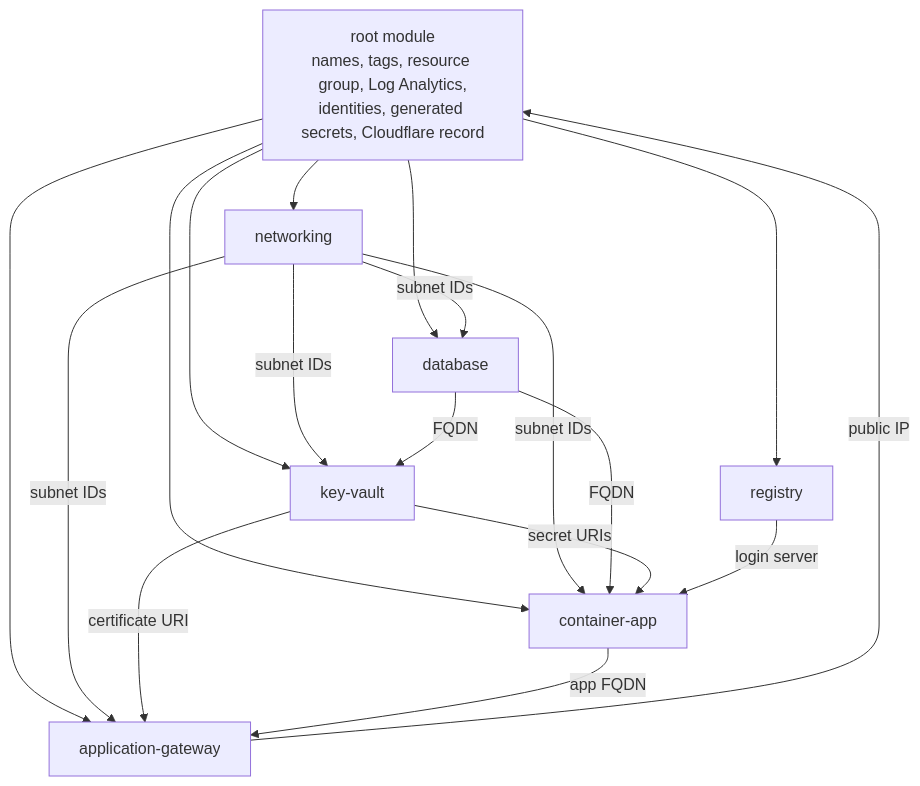
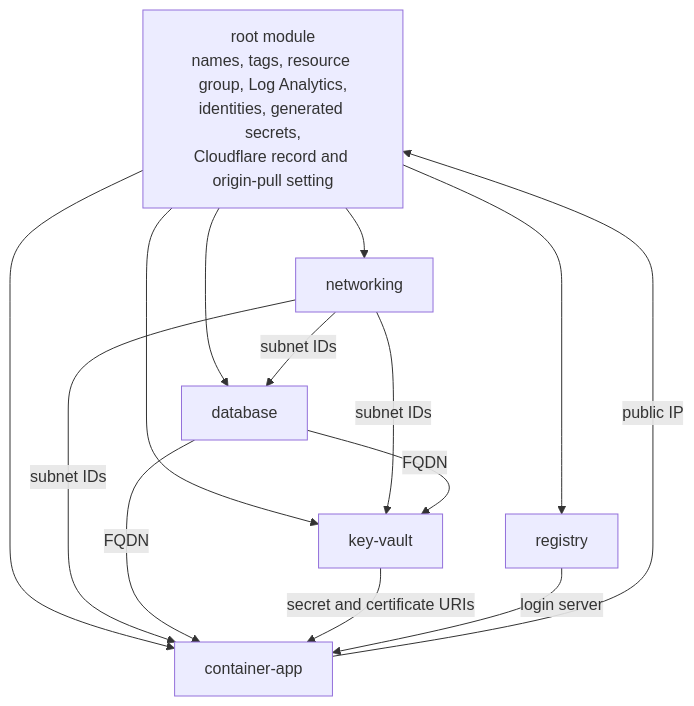
One commit to biffkittz/login-app changed the second of 2 diagrams in infra/docs/ARCHITECTURE.md. Above: the diagram before and after it, drawn with Mermaid. The commit also changed other lines of this file and 57 other files, not shown here.

Commit message:
remove expensive app gateway for now

````diff
--- a/infra/docs/ARCHITECTURE.md
+++ b/infra/docs/ARCHITECTURE.md
@@ -178,20 +182,16 @@
 ```mermaid
 flowchart TD
-  root["root module<br/>names, tags, resource group, Log Analytics,<br/>identities, generated secrets, Cloudflare record"]
+  root["root module<br/>names, tags, resource group, Log Analytics,<br/>identities, generated secrets,<br/>Cloudflare record and origin-pull setting"]
   net[networking]
   reg[registry]
   db[database]
   kvm[key-vault]
   aca[container-app]
-  agwm[application-gateway]
-  root --> net & reg & db & kvm & aca & agwm
-  net -->|subnet IDs| db & aca & agwm
-  net -->|subnet IDs| kvm
+  root --> net & reg & db & kvm & aca
+  net -->|subnet IDs| db & aca & kvm
   db -->|FQDN| kvm
   db -->|FQDN| aca
-  kvm -->|secret URIs| aca
-  kvm -->|certificate URI| agwm
+  kvm -->|secret and certificate URIs| aca
   reg -->|login server| aca
-  aca -->|app FQDN| agwm
-  agwm -->|public IP| root
+  aca -->|public IP| root
 ```
````
